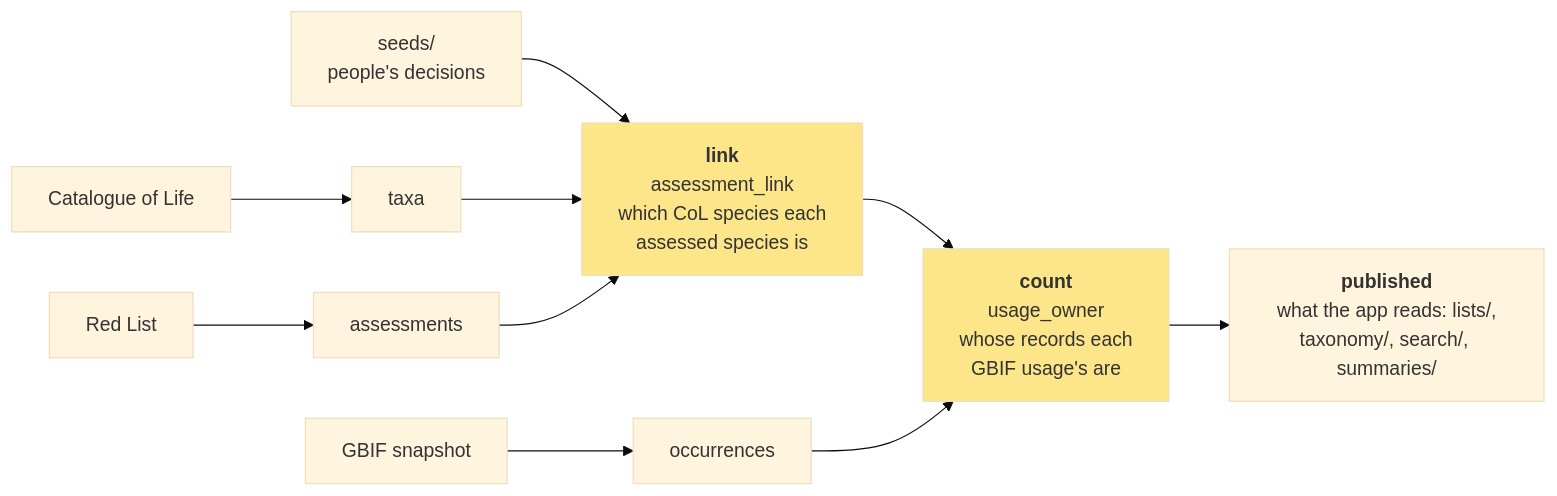
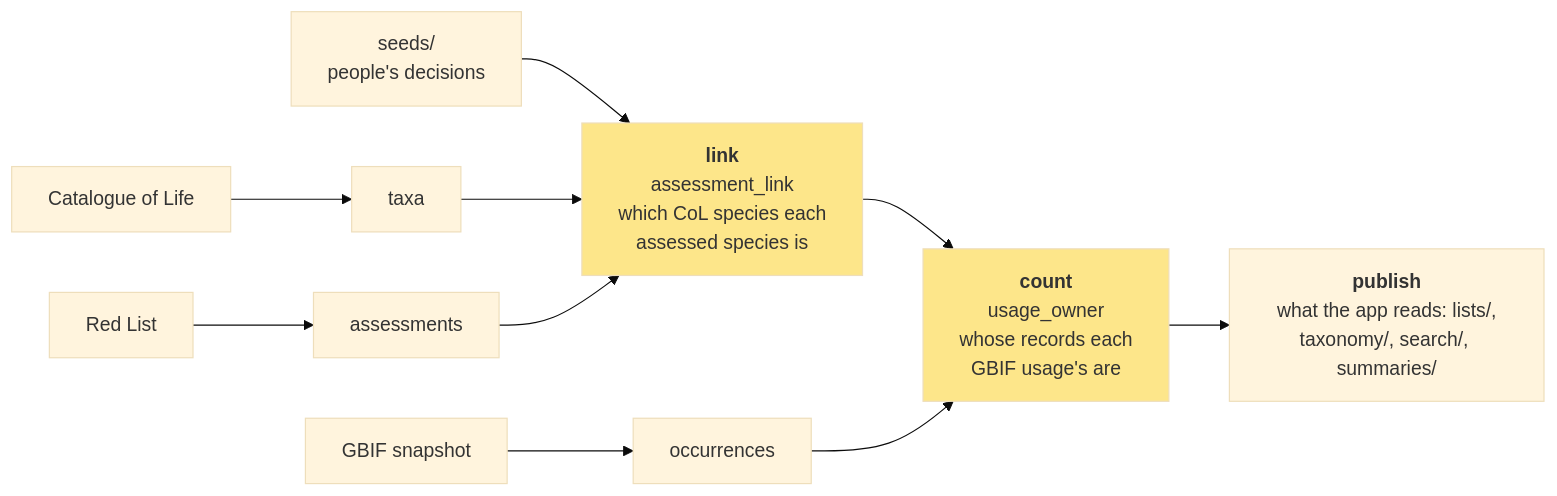
The diagram in docs/sync.md (shaneweisz/redlist-dashboard), drawn with Mermaid (base theme) before and after one commit. The commit also changed other lines of this file and 8 other files, not shown here.

First line of the commit message:
The build's upload folder is publish/, not published/

````diff
--- a/docs/sync.md
+++ b/docs/sync.md
@@ -5,14 +5,14 @@
 ```mermaid
 flowchart LR
   col[Catalogue of Life] --> taxa
   rl[Red List] --> assessments
   gbif[GBIF snapshot] --> occurrences
   seeds["seeds/<br/>people's decisions"] --> link
   taxa --> link
   assessments --> link
   link["<b>link</b><br/>assessment_link<br/>which CoL species each<br/>assessed species is"] --> count
   occurrences --> count
-  count["<b>count</b><br/>usage_owner<br/>whose records each<br/>GBIF usage's are"] --> app["<b>published</b><br/>what the app reads: lists/,<br/>taxonomy/, search/, summaries/"]
+  count["<b>count</b><br/>usage_owner<br/>whose records each<br/>GBIF usage's are"] --> app["<b>publish</b><br/>what the app reads: lists/,<br/>taxonomy/, search/, summaries/"]
   style link fill:#fde68a
   style count fill:#fde68a
 ```
````
